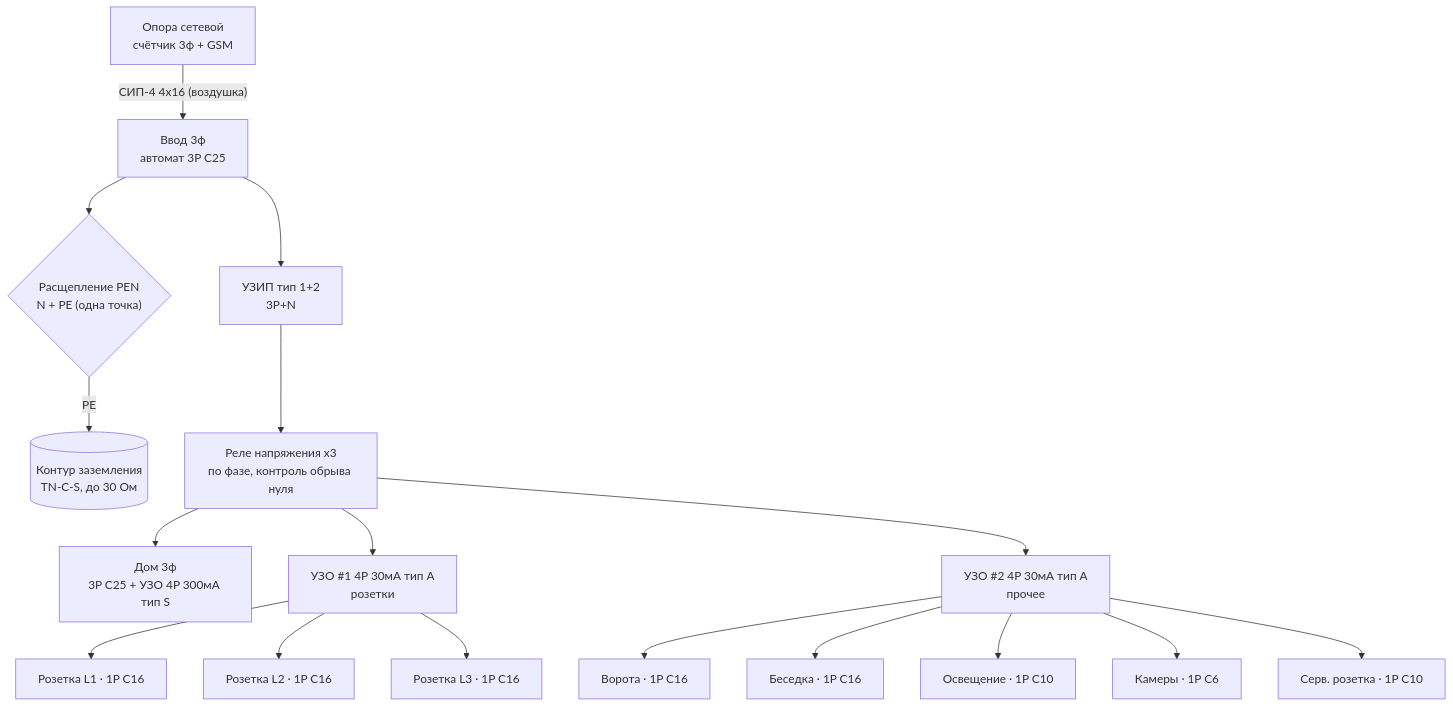
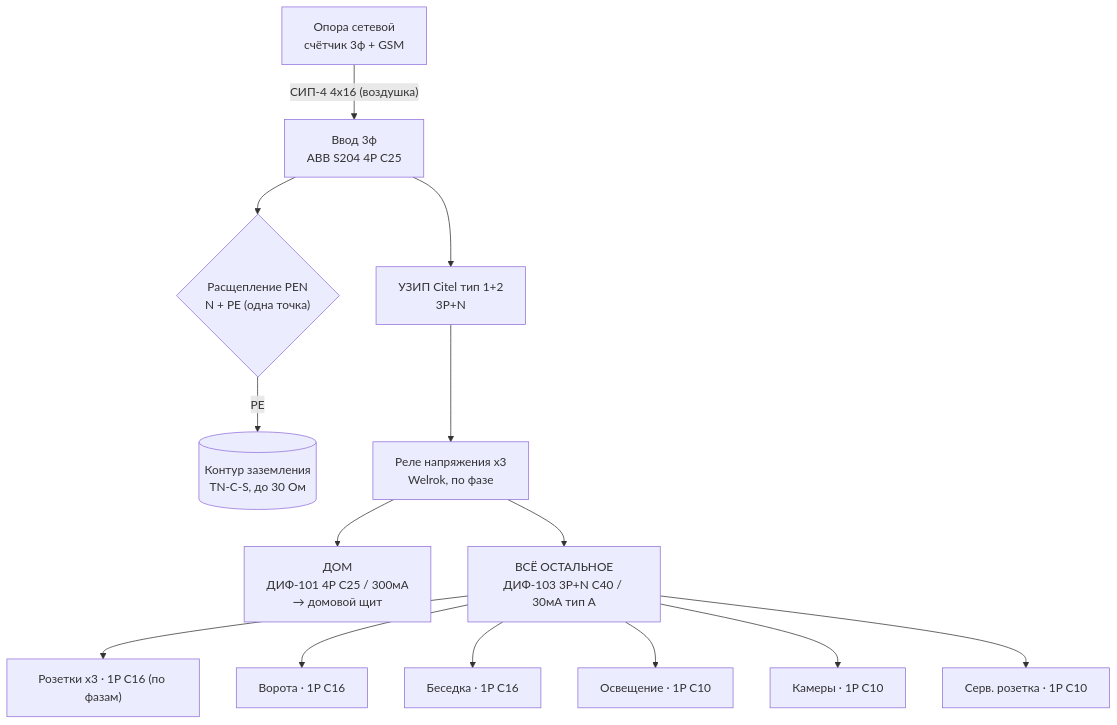
The diagram in 07-schemas/electrics/panel.md (goofuck-tmb/build-a-house), drawn with Mermaid before and after one commit. The commit also changed other lines of this file, not shown here.

First line of the commit message:
panel.md: упрощённая схема на 2 ветки под реальную корзину

````diff
--- a/07-schemas/electrics/panel.md
+++ b/07-schemas/electrics/panel.md
@@ -97,19 +71,16 @@
 ```mermaid
 flowchart TD
-  OP["Опора сетевой<br/>счётчик 3ф + GSM"] -->|"СИП-4 4x16 (воздушка)"| VV["Ввод 3ф<br/>автомат 3P C25"]
+  OP["Опора сетевой<br/>счётчик 3ф + GSM"] -->|"СИП-4 4x16 (воздушка)"| VV["Ввод 3ф<br/>ABB S204 4P C25"]
   VV --> SP{"Расщепление PEN<br/>N + PE (одна точка)"}
   SP -->|PE| GND[("Контур заземления<br/>TN-C-S, до 30 Ом")]
-  VV --> UZIP["УЗИП тип 1+2<br/>3P+N"]
-  UZIP --> RN["Реле напряжения x3<br/>по фазе, контроль обрыва нуля"]
-  RN --> HD["Дом 3ф<br/>3P C25 + УЗО 4P 300мА тип S"]
-  RN --> U1["УЗО #1 4P 30мА тип A<br/>розетки"]
-  U1 --> R1["Розетка L1 · 1P C16"]
-  U1 --> R2["Розетка L2 · 1P C16"]
-  U1 --> R3["Розетка L3 · 1P C16"]
-  RN --> U2["УЗО #2 4P 30мА тип A<br/>прочее"]
-  U2 --> E1["Ворота · 1P C16"]
-  U2 --> E2["Беседка · 1P C16"]
-  U2 --> E3["Освещение · 1P C10"]
-  U2 --> E4["Камеры · 1P C6"]
-  U2 --> E5["Серв. розетка · 1P C10"]
+  VV --> UZIP["УЗИП Citel тип 1+2<br/>3P+N"]
+  UZIP --> RN["Реле напряжения x3<br/>Welrok, по фазе"]
+  RN --> HOME["ДОМ<br/>ДИФ-101 4P C25 / 300мА<br/>→ домовой щит"]
+  RN --> REST["ВСЁ ОСТАЛЬНОЕ<br/>ДИФ-103 3P+N C40 / 30мА тип A"]
+  REST --> E1["Розетки x3 · 1P C16 (по фазам)"]
+  REST --> E2["Ворота · 1P C16"]
+  REST --> E3["Беседка · 1P C16"]
+  REST --> E4["Освещение · 1P C10"]
+  REST --> E5["Камеры · 1P C10"]
+  REST --> E6["Серв. розетка · 1P C10"]
 ```
````
